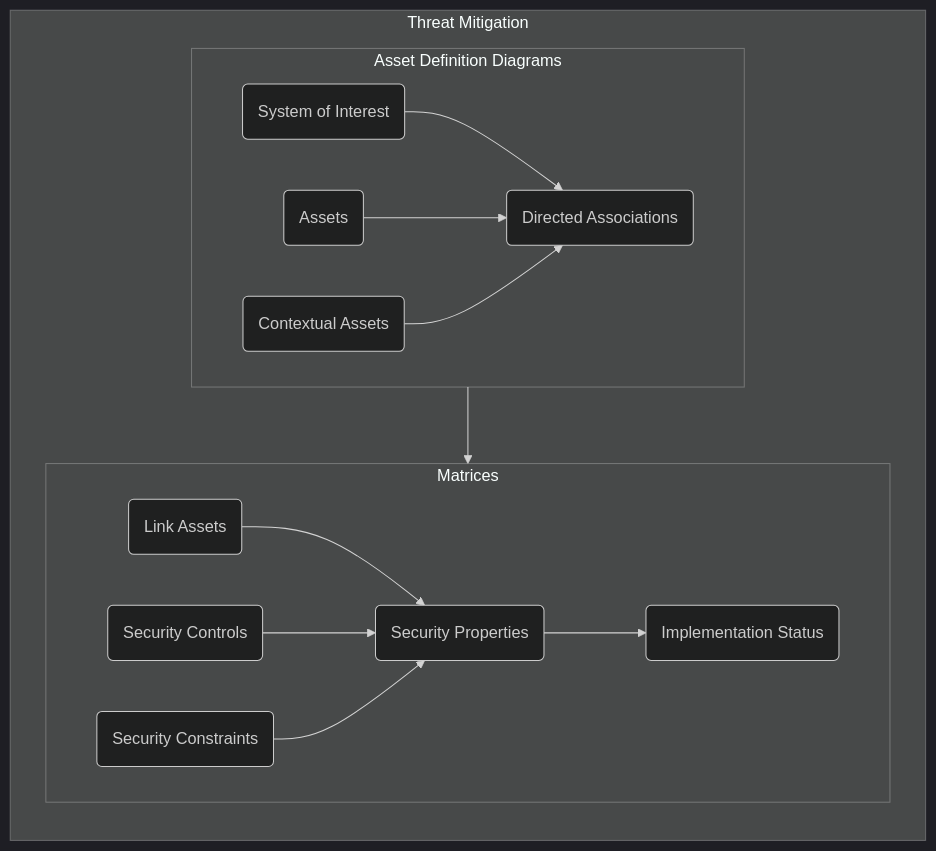
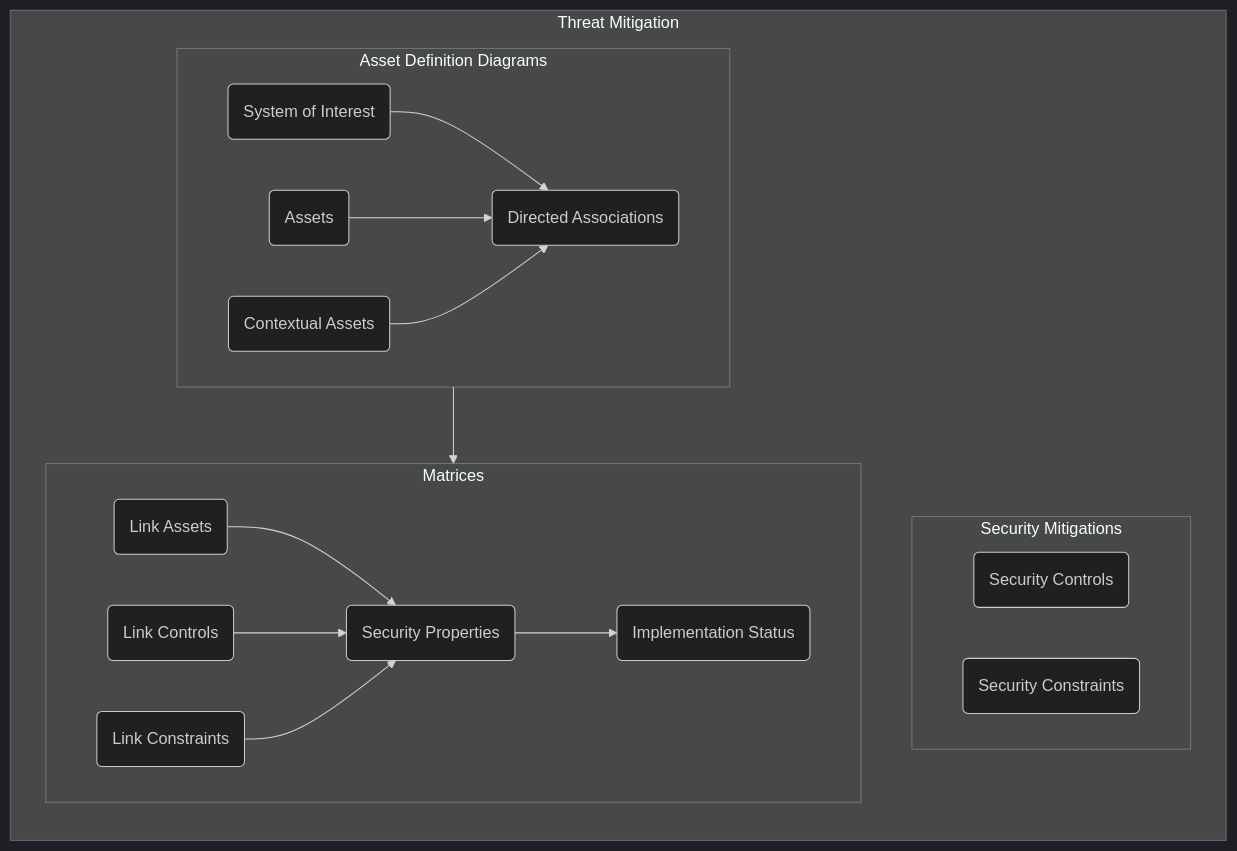
The first of 4 diagrams in Documentation/threat-mitigation.md (stuartfowler/CEMT), drawn with Mermaid (dark theme) before and after one commit. The commit also changed other lines of this file and 1 other file, not shown here.

Commit message:
added Security Mitigations step

````diff
--- a/Documentation/threat-mitigation.md
+++ b/Documentation/threat-mitigation.md
@@ -5,17 +5,21 @@
 ```mermaid
 flowchart TB
   subgraph TMi["Threat Mitigation"]
     direction TB
     subgraph 4["Asset Definition Diagrams"]
       4a("System of Interest") --> 4d("Directed Associations")
       4b("Assets") --> 4d
       4c("Contextual Assets") --> 4d
     end
+    subgraph 6["Security Mitigations"]
+      6a("Security Controls")
+      6c("Security Constraints")
+    end
     subgraph 5["Matrices"]
-    5d("Link Assets") --> 5c("Security Properties") --> 5g("Implementation Status")
-    5b("Security Controls") --> 5c
-    5f("Security Constraints") --> 5c
+      5d("Link Assets") --> 5c("Security Properties") --> 5g("Implementation Status")
+      5b("Link Controls") --> 5c
+      5f("Link Constraints") --> 5c
     end
     4 --> 5
   end
 ```
````
